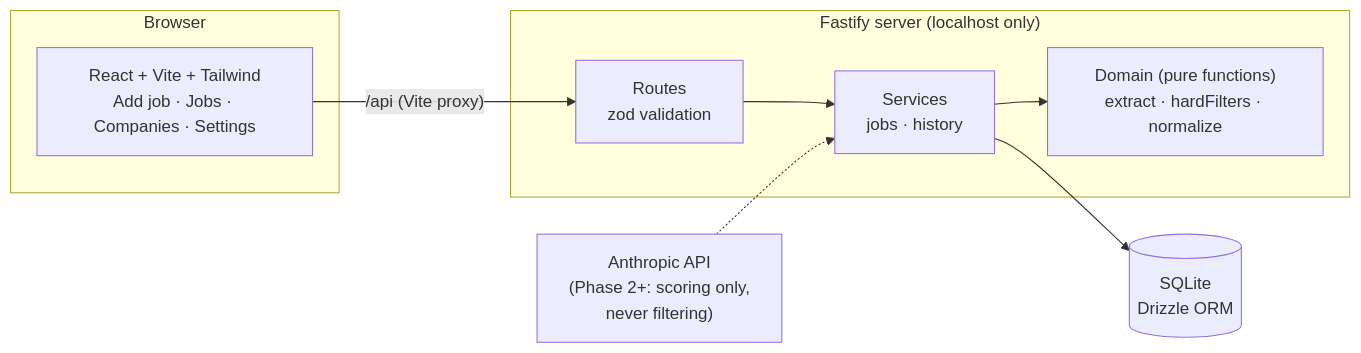
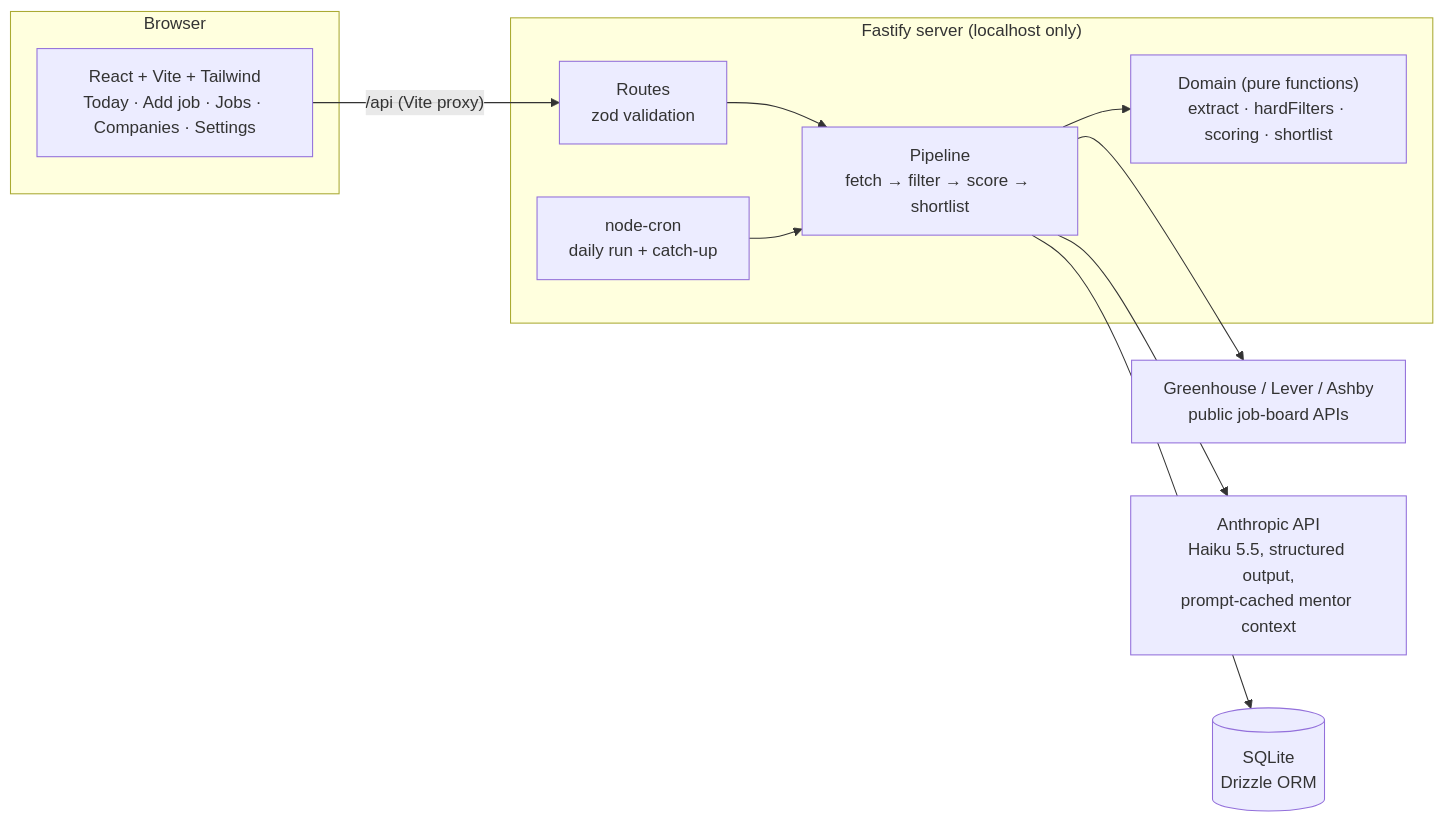
One commit to minahilnkhan/job-search-autopilot changed the diagram in README.md. Above: the diagram before and after it, drawn with Mermaid. The commit also changed other lines of this file and 56 other files, not shown here.

First line of the commit message:
Phase 2: job-board fetchers, AI fit scoring, and a daily ranked shortlist

````diff
--- a/README.md
+++ b/README.md
@@ -30,15 +41,20 @@
 ```mermaid
 flowchart LR
   subgraph Browser
-    UI["React + Vite + Tailwind<br/>Add job · Jobs · Companies · Settings"]
+    UI["React + Vite + Tailwind<br/>Today · Add job · Jobs · Companies · Settings"]
   end
   subgraph Server["Fastify server (localhost only)"]
+    CRON["node-cron<br/>daily run + catch-up"]
     R["Routes<br/>zod validation"]
-    S["Services<br/>jobs · history"]
-    D["Domain (pure functions)<br/>extract · hardFilters · normalize"]
+    P["Pipeline<br/>fetch → filter → score → shortlist"]
+    D["Domain (pure functions)<br/>extract · hardFilters · scoring · shortlist"]
   end
+  ATS["Greenhouse / Lever / Ashby<br/>public job-board APIs"]
+  LLM["Anthropic API<br/>Haiku 5.5, structured output,<br/>prompt-cached mentor context"]
   DB[("SQLite<br/>Drizzle ORM")]
-  UI -- "/api (Vite proxy)" --> R --> S --> D
-  S --> DB
-  LLM["Anthropic API<br/>(Phase 2+: scoring only,<br/>never filtering)"] -.-> S
+  UI -- "/api (Vite proxy)" --> R --> P --> D
+  CRON --> P
+  P --> ATS
+  P --> LLM
+  P --> DB
 ```
````
